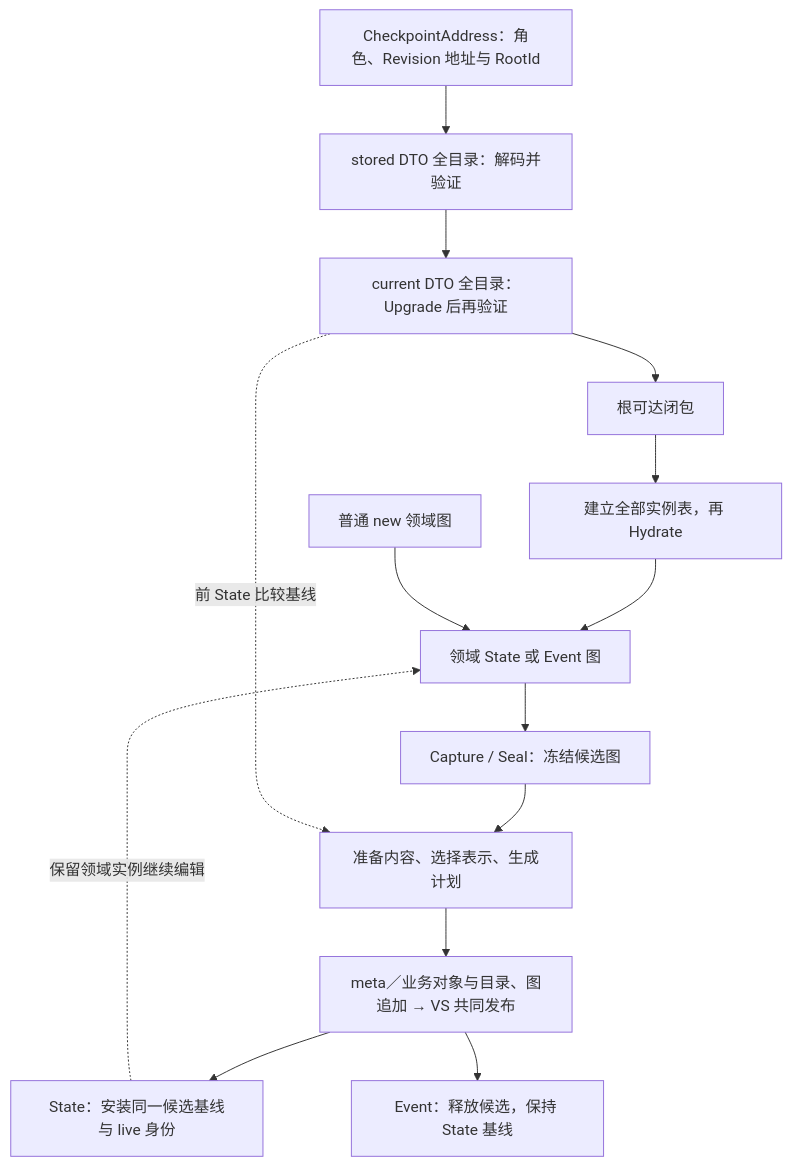
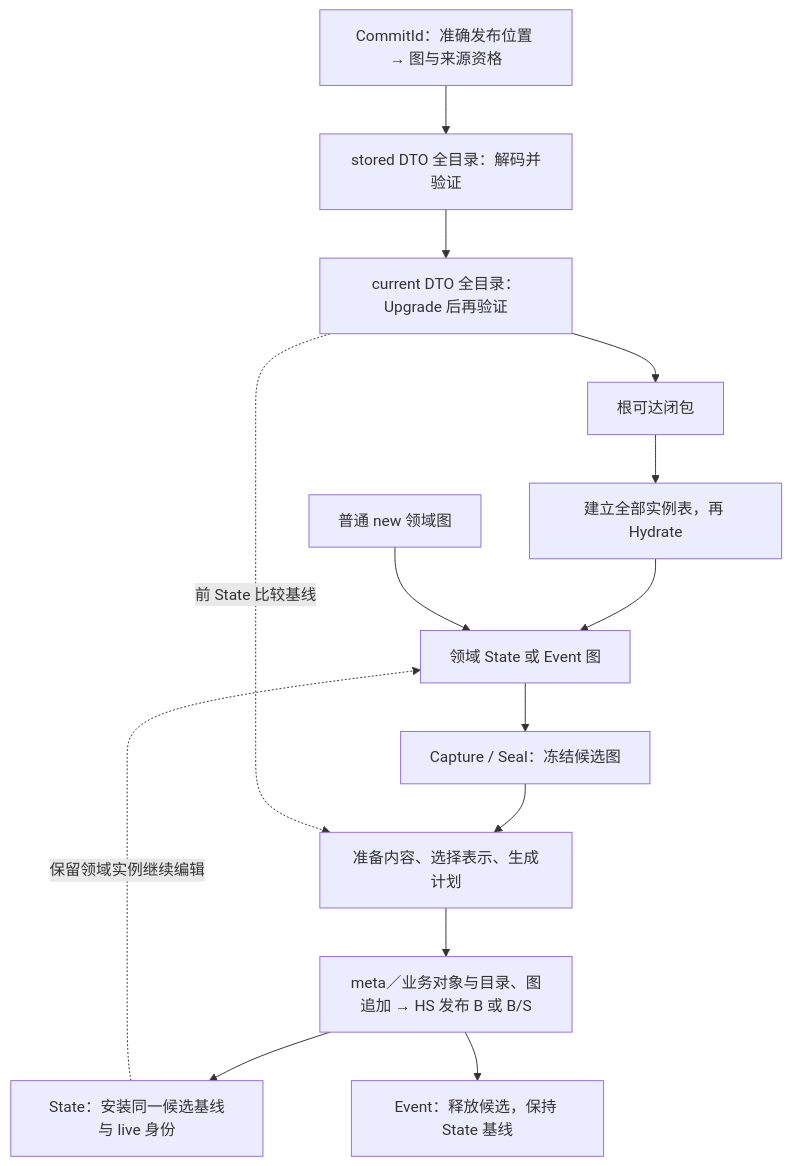
The diagram in docs/DurableGraph-glossary.md (Atelia-org/durable-graph), drawn with Mermaid before and after one commit. The commit also changed other lines of this file and 35 other files, not shown here.

````diff
--- a/docs/DurableGraph-glossary.md
+++ b/docs/DurableGraph-glossary.md
@@ -92,16 +86,16 @@
 ```mermaid
 flowchart TD
-    R["CheckpointAddress：角色、Revision 地址与 RootId"] --> D["stored DTO 全目录：解码并验证"]
+    R["CommitId：准确发布位置 → 图与来源资格"] --> D["stored DTO 全目录：解码并验证"]
     D --> N["current DTO 全目录：Upgrade 后再验证"]
     N --> C["根可达闭包"]
     C --> A["建立全部实例表，再 Hydrate"]
     A --> W["领域 State 或 Event 图"]
     New["普通 new 领域图"] --> W
     W --> F["Capture / Seal：冻结候选图"]
     F --> P["准备内容、选择表示、生成计划"]
     N -. "前 State 比较基线" .-> P
-    P --> S["meta／业务对象与目录、图追加 → VS 共同发布"]
+    P --> S["meta／业务对象与目录、图追加 → HS 发布 B 或 B/S"]
     S --> I["State：安装同一候选基线与 live 身份"]
     S --> E["Event：释放候选，保持 State 基线"]
     I -. "保留领域实例继续编辑" .-> W
 ```
````
